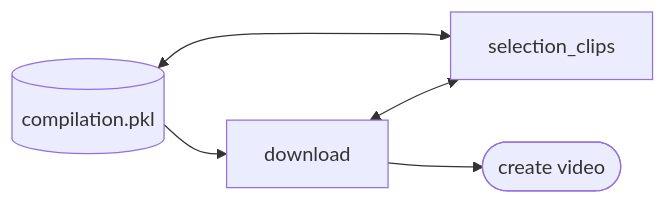
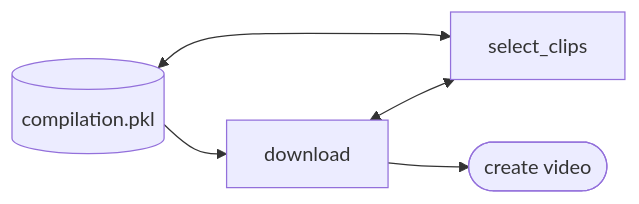
Before and after one commit to Ella36/twitch-compilation-from-cluster: the third of 7 diagrams in README.md, drawn with Mermaid. The commit also changed other lines of this file, not shown here.

Commit message:
Update graphs

````diff
--- a/README.md
+++ b/README.md
@@ -135,9 +135,9 @@
 ```mermaid
 flowchart LR;
-    download<-->selection_clips
+    download<-->select_clips
     compilation-->download
-    compilation<-->selection_clips
+    compilation<-->select_clips
     download-->create
     compilation[(compilation.pkl)]
     create([create video])
 ```
````
